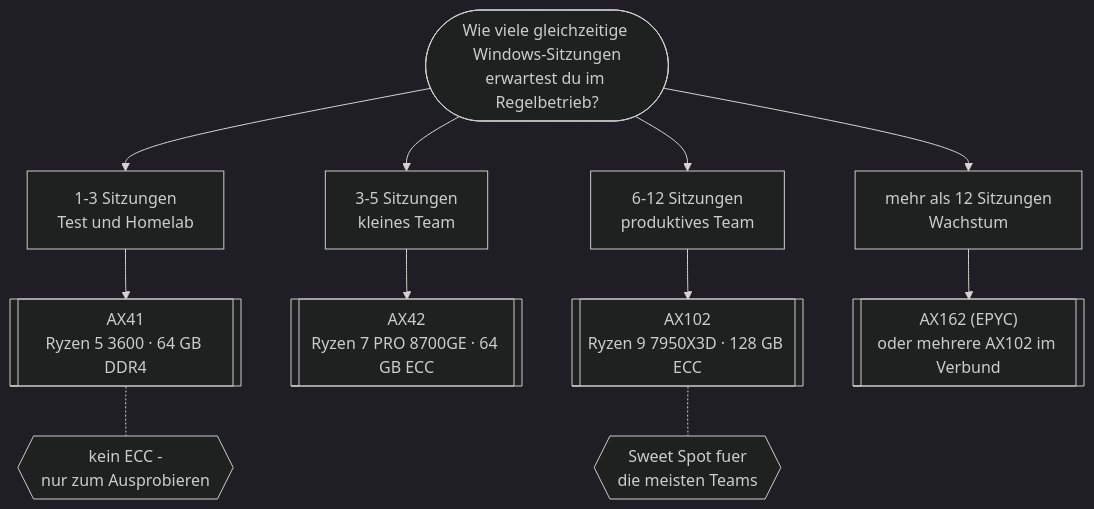
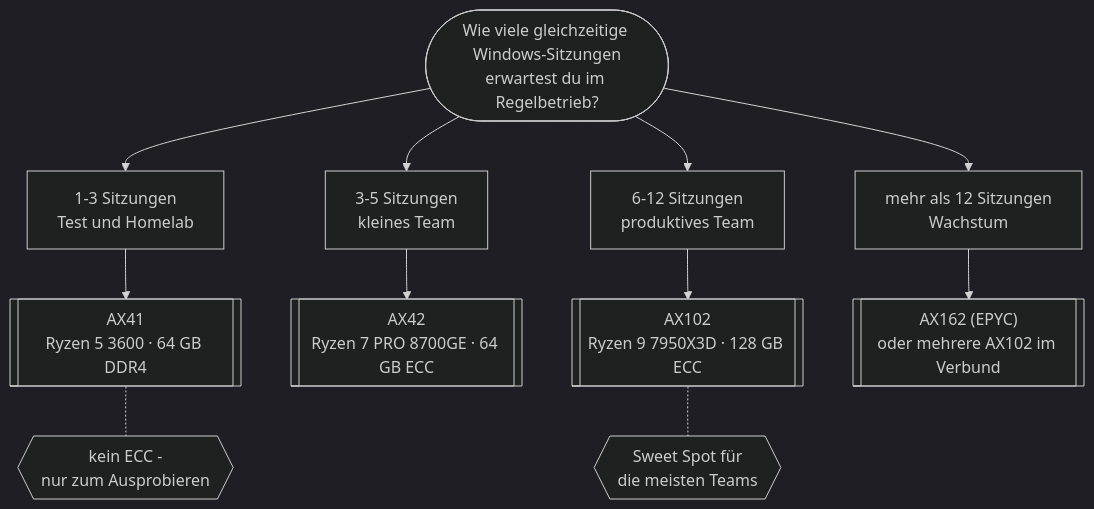
Before and after one commit to kallifabio/DeskForge: the diagram in docs/SERVER-EMPFEHLUNG.md, drawn with Mermaid (dark theme). The commit also changed 2 other files, not shown here.

Commit message:
fix: echte Umlaute statt ae/oe/ue
- dashboard/dev-server.js: Kommentarkopf + Template-Label "Standard (Büro)"
- provisioning-service/access.example.json: Label "Standard (Büro)"
- docs/SERVER-EMPFEHLUNG.md: Mermaid-Knoten "für"

````diff
--- a/docs/SERVER-EMPFEHLUNG.md
+++ b/docs/SERVER-EMPFEHLUNG.md
@@ -82,16 +82,16 @@
 ```mermaid
 flowchart TD
     START([Wie viele gleichzeitige Windows-Sitzungen<br/>erwartest du im Regelbetrieb?])
     START --> Q1[1-3 Sitzungen<br/>Test und Homelab]
     START --> Q2[3-5 Sitzungen<br/>kleines Team]
     START --> Q3[6-12 Sitzungen<br/>produktives Team]
     START --> Q4[mehr als 12 Sitzungen<br/>Wachstum]
 
     Q1 --> R1[["AX41<br/>Ryzen 5 3600 · 64 GB DDR4"]]
     Q2 --> R2[["AX42<br/>Ryzen 7 PRO 8700GE · 64 GB ECC"]]
     Q3 --> R3[["AX102<br/>Ryzen 9 7950X3D · 128 GB ECC"]]
     Q4 --> R4[["AX162 (EPYC)<br/>oder mehrere AX102 im Verbund"]]
 
     R1 -.- N1{{kein ECC -<br/>nur zum Ausprobieren}}
-    R3 -.- N3{{Sweet Spot fuer<br/>die meisten Teams}}
+    R3 -.- N3{{Sweet Spot für<br/>die meisten Teams}}
 ```
````
